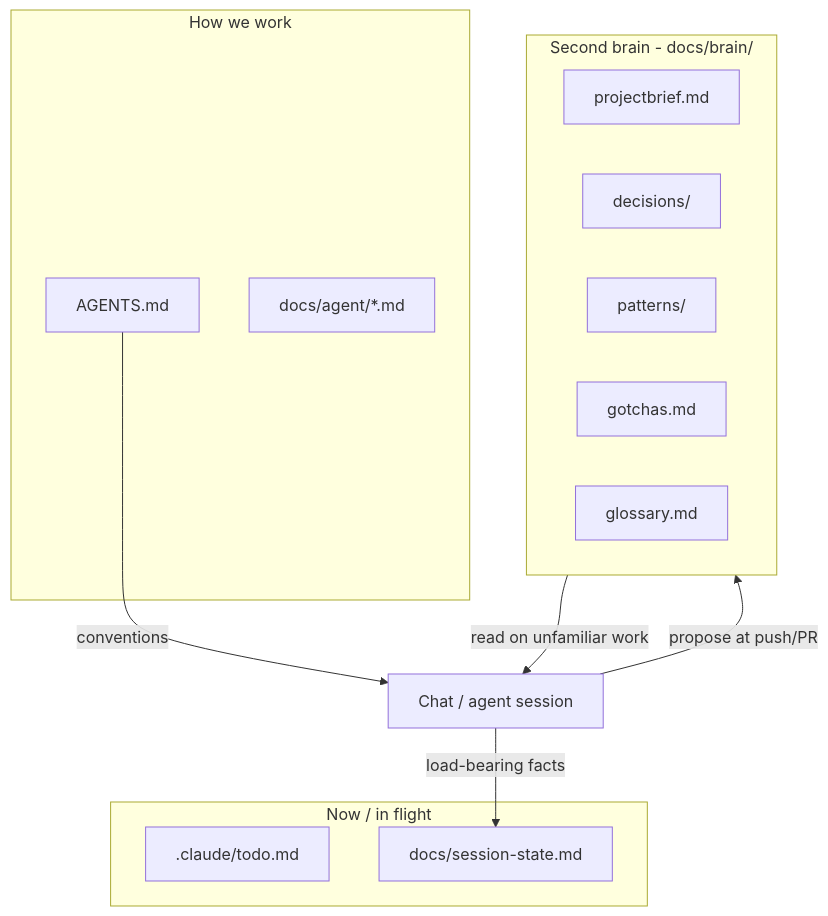
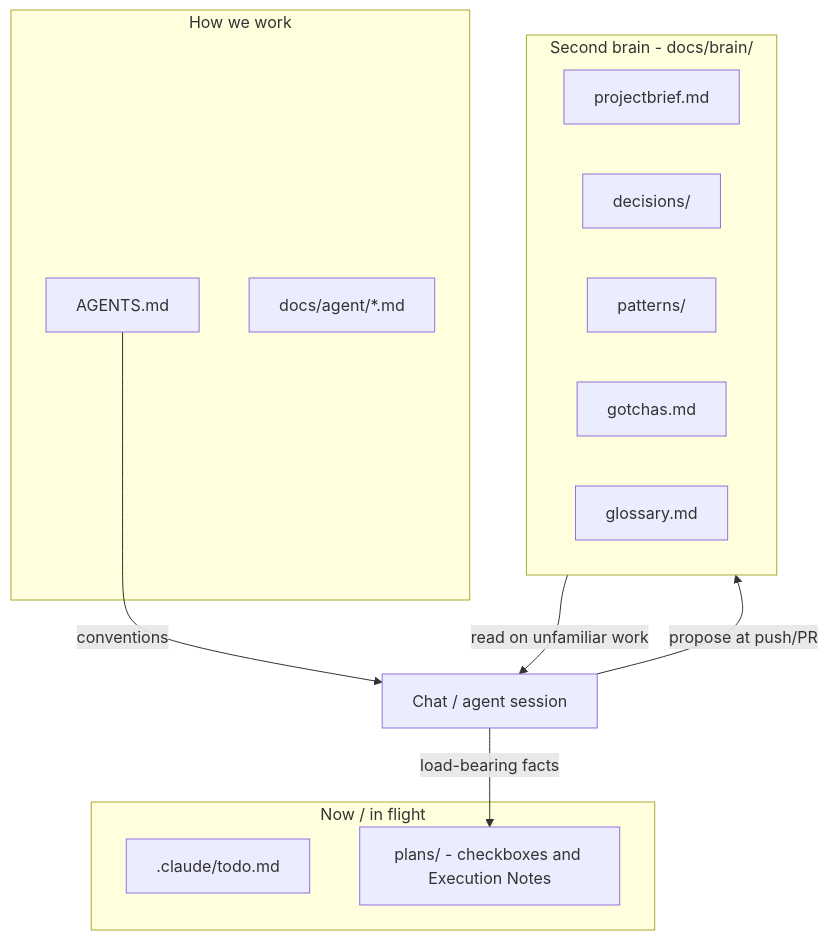
Before and after one commit to WDD-CODER/ai-workflow-kit: the diagram in templates/docs/brain/how-it-works.md, drawn with Mermaid. The commit also changed other lines of this file and 62 other files, not shown here.

````diff
--- a/templates/docs/brain/how-it-works.md
+++ b/templates/docs/brain/how-it-works.md
@@ -8,23 +8,23 @@
 ```mermaid
 flowchart TB
   CHAT["Chat / agent session"]
   subgraph now["Now / in flight"]
     TODO[".claude/todo.md"]
-    STATE["docs/session-state.md"]
+    PLANS["plans/ - checkboxes and Execution Notes"]
   end
   subgraph brain["Second brain - docs/brain/"]
     BRIEF["projectbrief.md"]
     ADR["decisions/"]
     PAT["patterns/"]
     GOT["gotchas.md"]
     GLOSS["glossary.md"]
   end
   subgraph rules["How we work"]
     AGENTS["AGENTS.md"]
     AGENTDOCS["docs/agent/*.md"]
   end
-  CHAT -->|"load-bearing facts"| STATE
+  CHAT -->|"load-bearing facts"| PLANS
   CHAT -->|"propose at push/PR"| brain
   brain -->|"read on unfamiliar work"| CHAT
   AGENTS -->|"conventions"| CHAT
 ```
````
